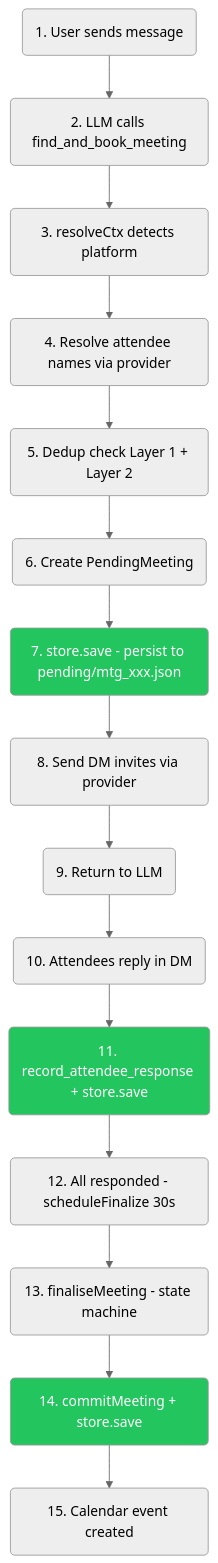
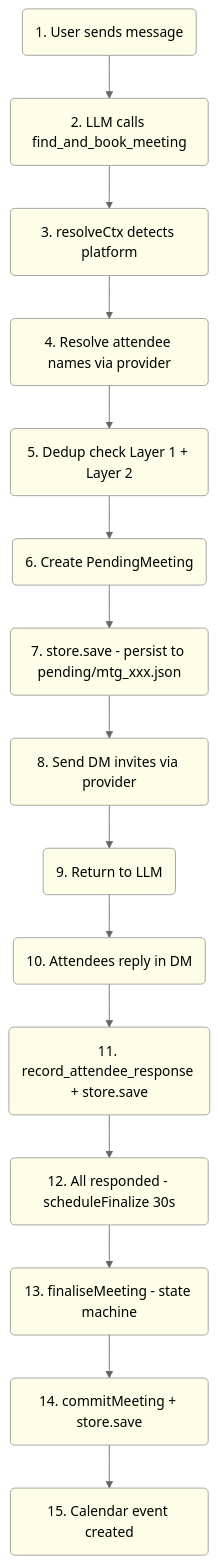
The ninth of 13 diagrams in README.md (javana3/claw_meeting_all), drawn with Mermaid (neutral theme) before and after one commit. The commit also changed other lines of this file, not shown here.

Commit message:
Replace all mermaid diagram colors with light yellow (#fffde7)

````diff
--- a/README.md
+++ b/README.md
@@ -290,22 +339,34 @@
 ```mermaid
 graph TD
     A(1. User sends message) --> B(2. LLM calls find_and_book_meeting)
     B --> C(3. resolveCtx detects platform)
     C --> D(4. Resolve attendee names via provider)
     D --> E(5. Dedup check Layer 1 + Layer 2)
     E --> F(6. Create PendingMeeting)
     F --> G(7. store.save - persist to pending/mtg_xxx.json)
     G --> H(8. Send DM invites via provider)
     H --> I(9. Return to LLM)
 
     I --> J(10. Attendees reply in DM)
     J --> K(11. record_attendee_response + store.save)
     K --> L(12. All responded - scheduleFinalize 30s)
     L --> M(13. finaliseMeeting - state machine)
     M --> N(14. commitMeeting + store.save)
     N --> O(15. Calendar event created)
 
-    style G fill:#22c55e,color:#fff
-    style K fill:#22c55e,color:#fff
-    style N fill:#22c55e,color:#fff
+style G fill:#fffde7,color:#000
+    style K fill:#fffde7,color:#000
+    style N fill:#fffde7,color:#000
+    style A fill:#fffde7,color:#000
+    style B fill:#fffde7,color:#000
+    style C fill:#fffde7,color:#000
+    style D fill:#fffde7,color:#000
+    style E fill:#fffde7,color:#000
+    style F fill:#fffde7,color:#000
+    style H fill:#fffde7,color:#000
+    style I fill:#fffde7,color:#000
+    style J fill:#fffde7,color:#000
+    style L fill:#fffde7,color:#000
+    style M fill:#fffde7,color:#000
+    style O fill:#fffde7,color:#000
 ```
````
